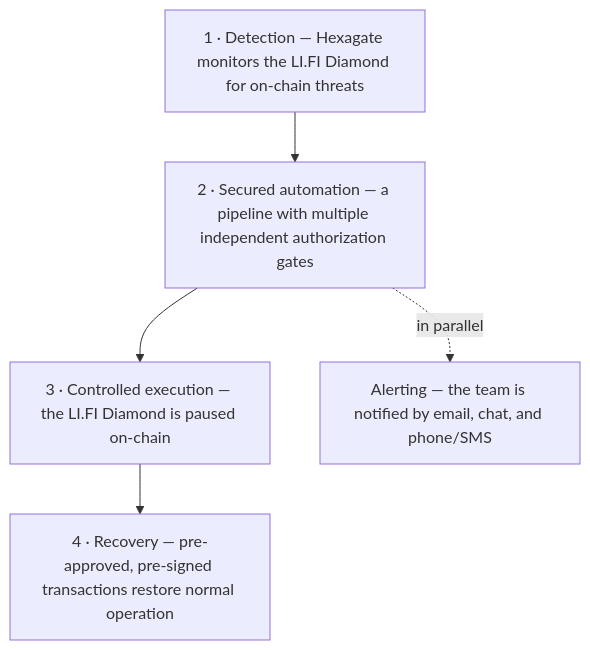
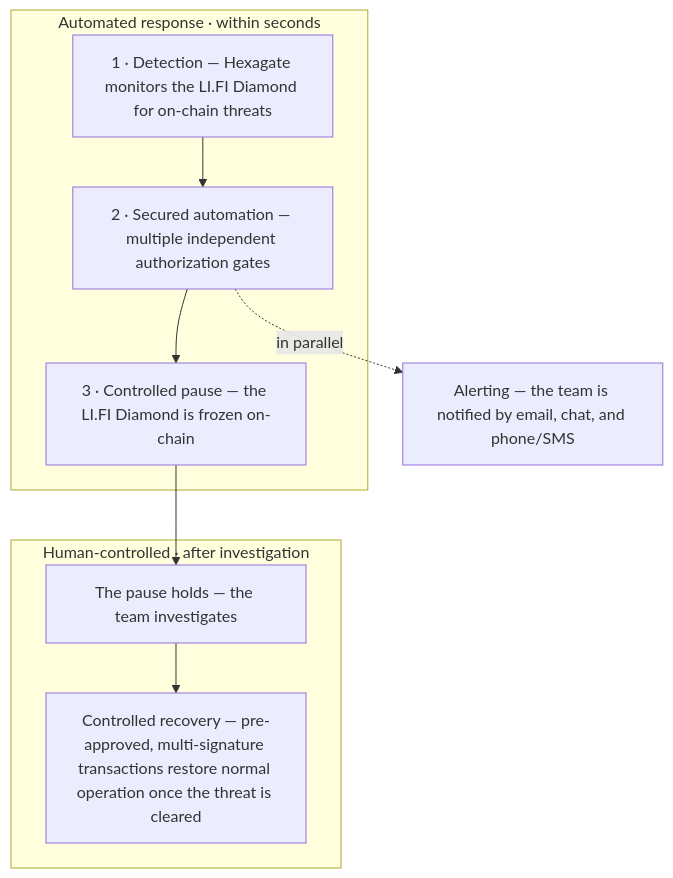
The diagram in docs/security/2026-05-28-emergency-pause-exercise-report.md (lifinance/contracts), drawn with Mermaid before and after one commit. The commit also changed other lines of this file and 2 other files, not shown here.

First line of the commit message:
docs(EXSC-366): reframe recovery as a separate, human-controlled phase

````diff
--- a/docs/security/2026-05-28-emergency-pause-exercise-report.md
+++ b/docs/security/2026-05-28-emergency-pause-exercise-report.md
@@ -62,7 +65,12 @@
 ```mermaid
 flowchart TD
-    A["1 · Detection — Hexagate monitors the LI.FI Diamond for on-chain threats"] --> B["2 · Secured automation — a pipeline with multiple independent authorization gates"]
-    B --> C["3 · Controlled execution — the LI.FI Diamond is paused on-chain"]
-    C --> D["4 · Recovery — pre-approved, pre-signed transactions restore normal operation"]
-    B -. in parallel .-> E["Alerting — the team is notified by email, chat, and phone/SMS"]
+    subgraph A["Automated response · within seconds"]
+        D["1 · Detection — Hexagate monitors the LI.FI Diamond for on-chain threats"] --> S["2 · Secured automation — multiple independent authorization gates"]
+        S --> P["3 · Controlled pause — the LI.FI Diamond is frozen on-chain"]
+    end
+    S -. in parallel .-> AL["Alerting — the team is notified by email, chat, and phone/SMS"]
+    P --> G["The pause holds — the team investigates"]
+    subgraph H["Human-controlled · after investigation"]
+        G --> R["Controlled recovery — pre-approved, multi-signature transactions restore normal operation once the threat is cleared"]
+    end
 ```
````
